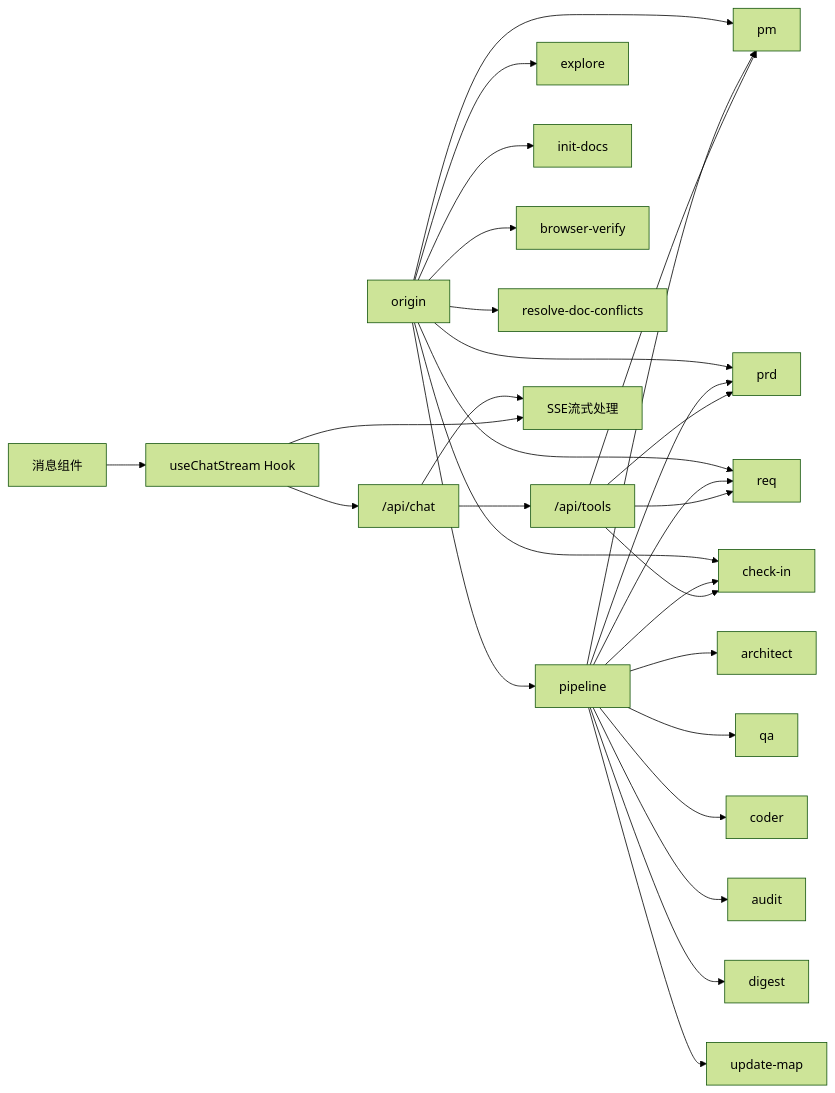
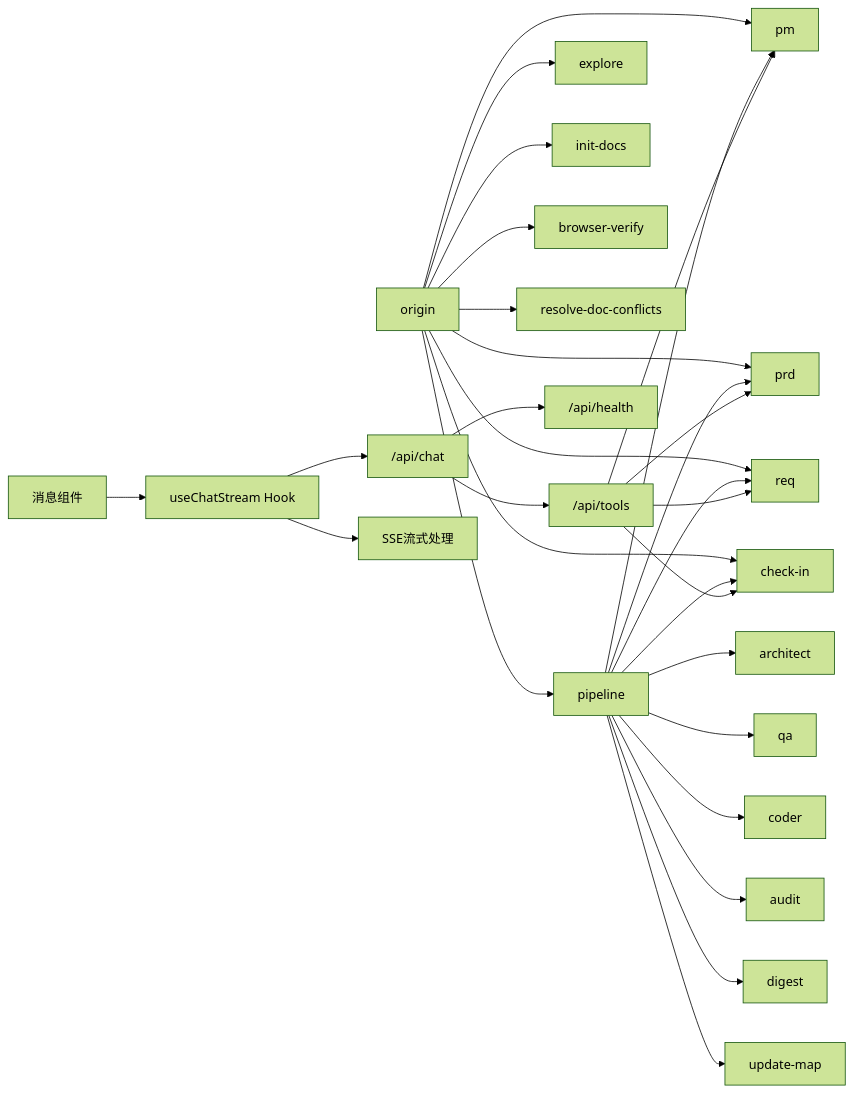
One commit to CryptoLinxu/Web3-AI-Agent changed the third of 3 diagrams in .qoder/repowiki/zh/content/API参考文档.md. Above: the diagram before and after it, drawn with Mermaid (forest theme). The commit also changed other lines of this file and 18 other files, not shown here.

````diff
--- a/.qoder/repowiki/zh/content/API参考文档.md
+++ b/.qoder/repowiki/zh/content/API参考文档.md
@@ -592,31 +616,31 @@
 ```mermaid
 graph LR
 ORG["origin"] --> PIPE["pipeline"]
 ORG --> PM["pm"]
 ORG --> PRD["prd"]
 ORG --> REQ["req"]
 ORG --> CI["check-in"]
 ORG --> EXP["explore"]
 ORG --> INIT["init-docs"]
 ORG --> BVER["browser-verify"]
 ORG --> RES["resolve-doc-conflicts"]
 PIPE --> PM
 PIPE --> PRD
 PIPE --> REQ
 PIPE --> CI
 PIPE --> ARCH["architect"]
 PIPE --> QA["qa"]
 PIPE --> CODER["coder"]
 PIPE --> AUDIT["audit"]
 PIPE --> DIGEST["digest"]
 PIPE --> UMAP["update-map"]
 CHAT["/api/chat"] --> TOOLS["/api/tools"]
-CHAT --> STREAM["SSE流式处理"]
+CHAT --> HEALTH["/api/health"]
 TOOLS --> PM
 TOOLS --> PRD
 TOOLS --> REQ
 TOOLS --> CI
 HOOK["useChatStream Hook"] --> CHAT
-HOOK --> STREAM
+HOOK --> STREAM["SSE流式处理"]
 COMP["消息组件"] --> HOOK
 ```
````
